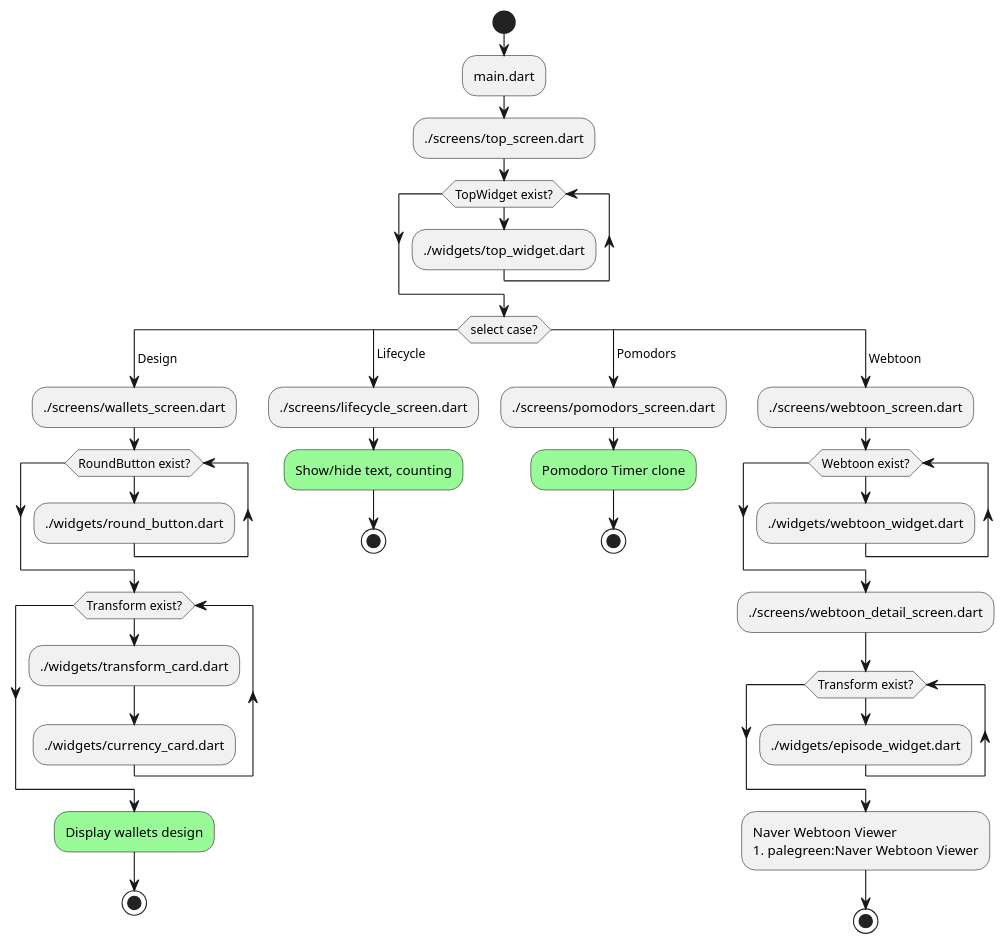
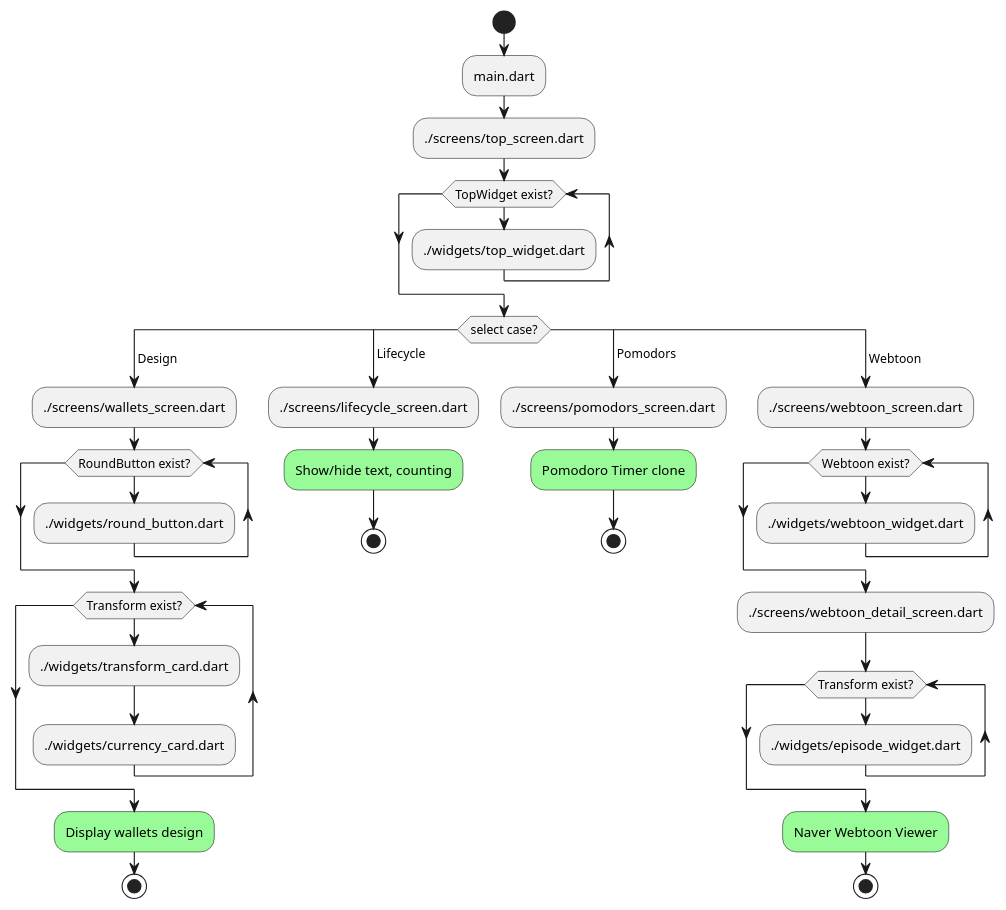
One commit to lifeisegg2k/flutter-toonfilx changed the diagram in docs/flow.puml. Above: the diagram before and after it, drawn with PlantUML. The commit also changed 1 other file, not shown here.

```diff
--- a/docs/flow.puml
+++ b/docs/flow.puml
@@ -1,40 +1,39 @@
 @startuml flowchart
 start
 :main.dart;
 :./screens/top_screen.dart;
 while(TopWidget exist?)
     :./widgets/top_widget.dart;
   endwhile
 switch (select case?)
 case ( Design )
   :./screens/wallets_screen.dart;
   while(RoundButton exist?)
     :./widgets/round_button.dart;
   endwhile
   while(Transform exist?)
     :./widgets/transform_card.dart;
     :./widgets/currency_card.dart;
   endwhile
   #palegreen:Display wallets design;
   stop
 case ( Lifecycle )
   :./screens/lifecycle_screen.dart;
   #palegreen:Show/hide text, counting;
   stop
 case ( Pomodors )
   :./screens/pomodors_screen.dart;
   #palegreen:Pomodoro Timer clone;
   stop
 case ( Webtoon )
   :./screens/webtoon_screen.dart;
   while(Webtoon exist?)
     :./widgets/webtoon_widget.dart;
   endwhile
   :./screens/webtoon_detail_screen.dart;
   while(Transform exist?)
     :./widgets/episode_widget.dart;
   endwhile
-  :Naver Webtoon Viewer
   #palegreen:Naver Webtoon Viewer;
   stop
 @enduml
```
